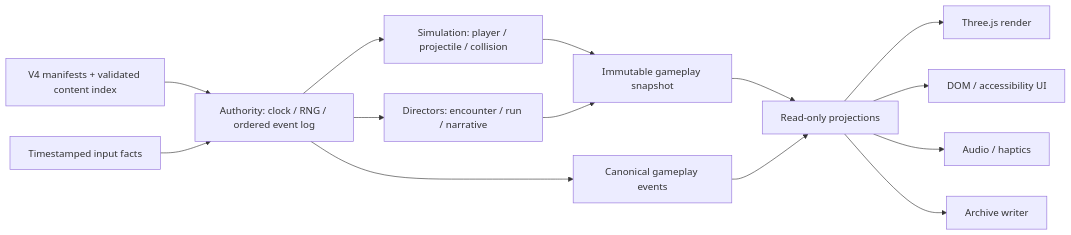
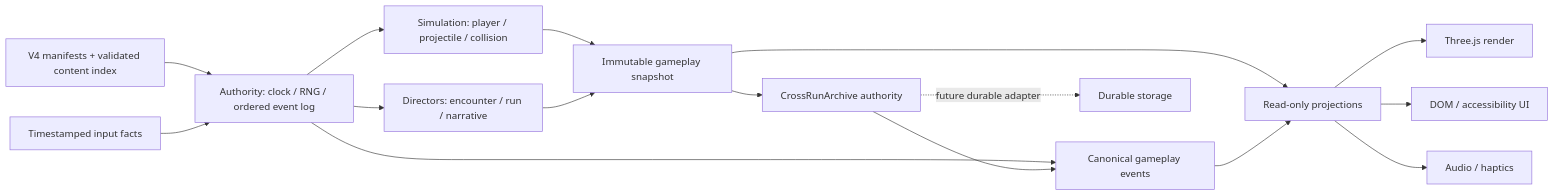
One commit to aaajiao/Danmaku changed the diagram in stg-dev/docs/ARCHITECTURE_ZH.md. Above: the diagram before and after it, drawn with Mermaid. The commit also changed other lines of this file and 7 other files, not shown here.

Commit message:
docs: record canonical run authority provenance

````diff
--- a/stg-dev/docs/ARCHITECTURE_ZH.md
+++ b/stg-dev/docs/ARCHITECTURE_ZH.md
@@ -28,16 +40,18 @@
 ```mermaid
 flowchart LR
   Content["V4 manifests + validated content index"] --> Authority["Authority: clock / RNG / ordered event log"]
   Input["Timestamped input facts"] --> Authority
   Authority --> Simulation["Simulation: player / projectile / collision"]
   Authority --> Directors["Directors: encounter / run / narrative"]
   Simulation --> Snapshot["Immutable gameplay snapshot"]
   Directors --> Snapshot
   Authority --> Events["Canonical gameplay events"]
   Snapshot --> Projection["Read-only projections"]
   Events --> Projection
   Projection --> Three["Three.js render"]
   Projection --> UI["DOM / accessibility UI"]
   Projection --> Audio["Audio / haptics"]
-  Projection --> Storage["Archive writer"]
+  Snapshot --> Archive["CrossRunArchive authority"]
+  Archive --> Events
+  Archive -. future durable adapter .-> Storage["Durable storage"]
 ```
````
